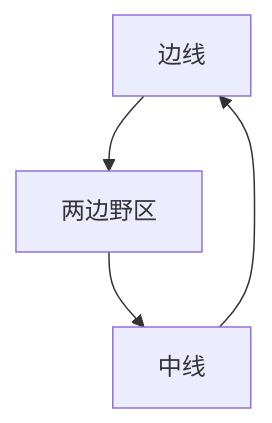
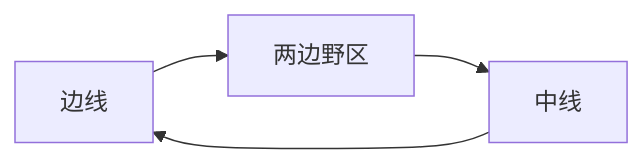
Before and after one commit to wenxiuweiye/wens: the fourth of 4 diagrams in docs/creation/blog/2026-05-29.mdx, drawn with Mermaid. The commit also changed other lines of this file and 5 other files, not shown here.

````diff
--- a/docs/creation/blog/2026-05-29.mdx
+++ b/docs/creation/blog/2026-05-29.mdx
@@ -310,4 +423,4 @@
 ```mermaid
-flowchart TB
-  边线--> 两边野区 --> 中线 --> 边线 
+flowchart LR
+  边线--> 两边野区 --> 中线 --> 边线
 ```
````
